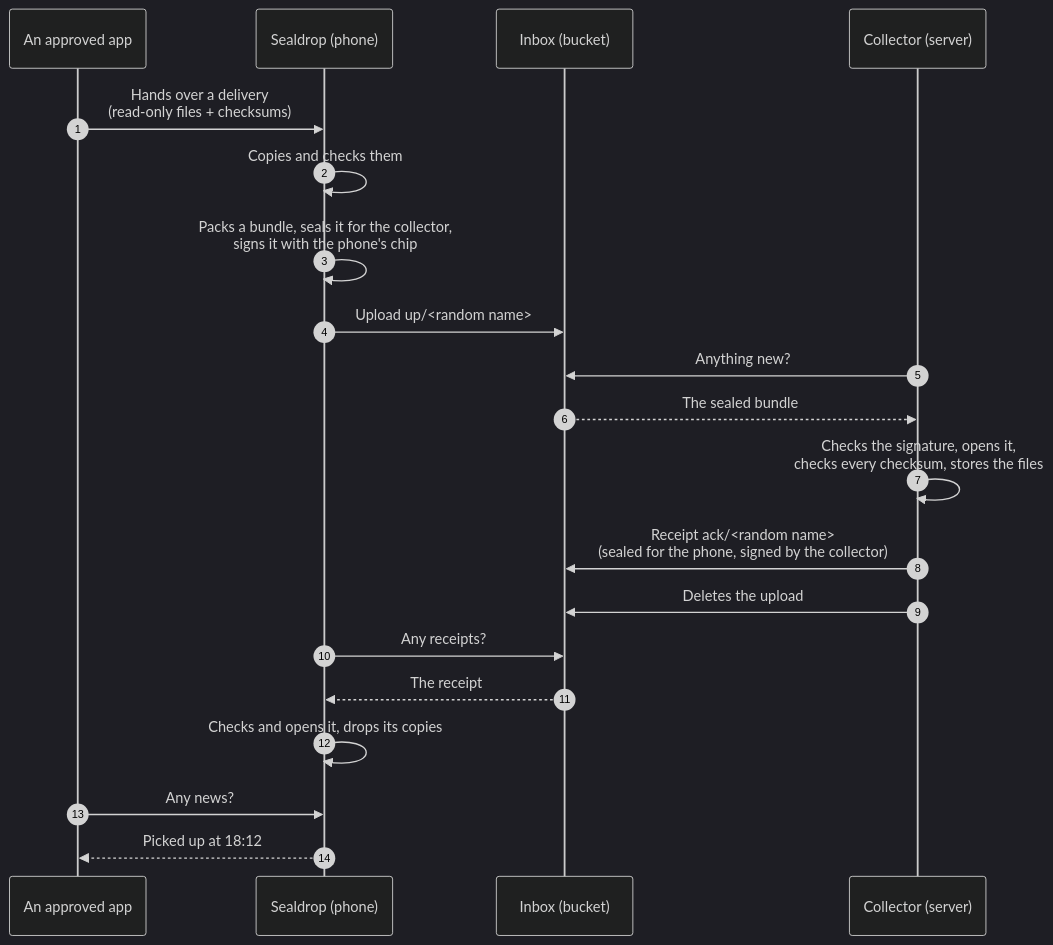
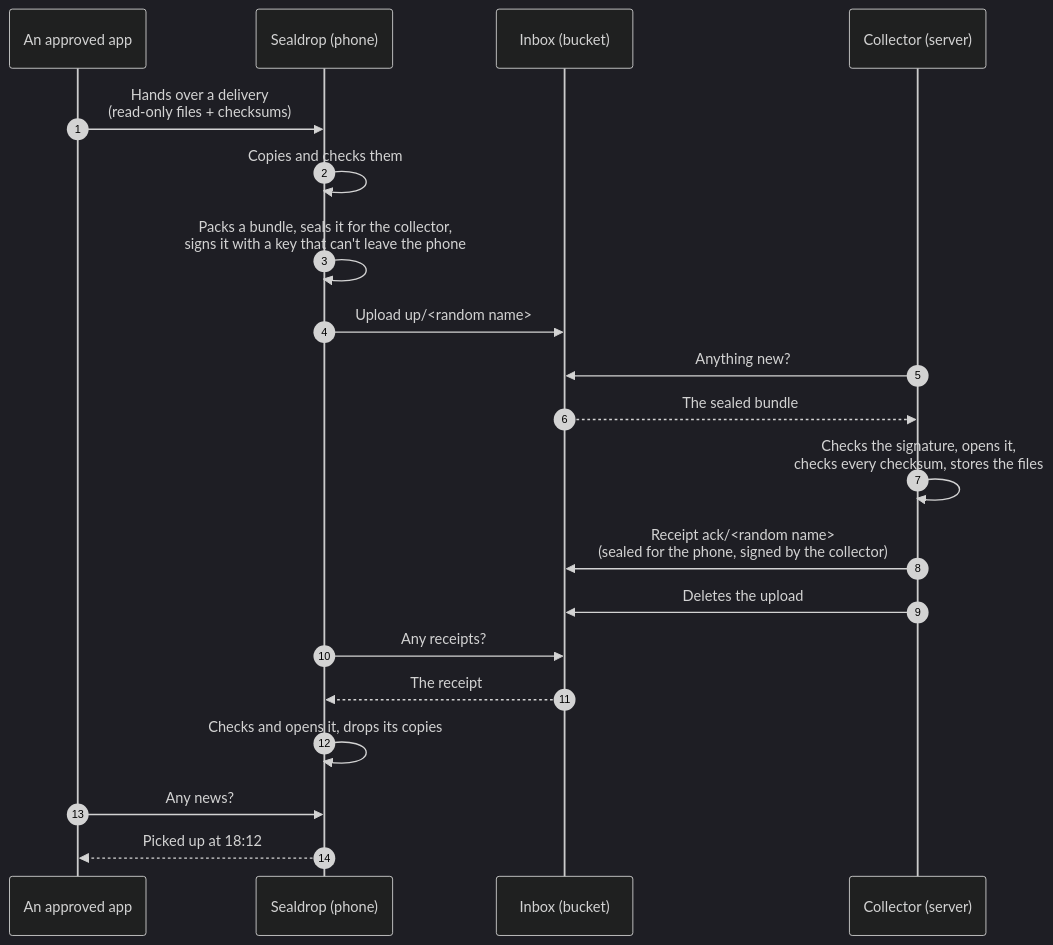
One commit to 07Pedro/Sealdrop changed the diagram in docs/PROTOCOL.md. Above: the diagram before and after it, drawn with Mermaid (dark theme). The commit also changed other lines of this file and 1 other file, not shown here.

````diff
--- a/docs/PROTOCOL.md
+++ b/docs/PROTOCOL.md
@@ -21,22 +21,22 @@
 ```mermaid
 sequenceDiagram
   autonumber
   participant App as An approved app
   participant S as Sealdrop (phone)
   participant I as Inbox (bucket)
   participant C as Collector (server)
   App->>S: Hands over a delivery<br/>(read-only files + checksums)
   S->>S: Copies and checks them
-  S->>S: Packs a bundle, seals it for the collector,<br/>signs it with the phone's chip
+  S->>S: Packs a bundle, seals it for the collector,<br/>signs it with a key that can't leave the phone
   S->>I: Upload up/<random name>
   C->>I: Anything new?
   I-->>C: The sealed bundle
   C->>C: Checks the signature, opens it,<br/>checks every checksum, stores the files
   C->>I: Receipt ack/<random name><br/>(sealed for the phone, signed by the collector)
   C->>I: Deletes the upload
   S->>I: Any receipts?
   I-->>S: The receipt
   S->>S: Checks and opens it, drops its copies
   App->>S: Any news?
   S-->>App: Picked up at 18:12
 ```
````
